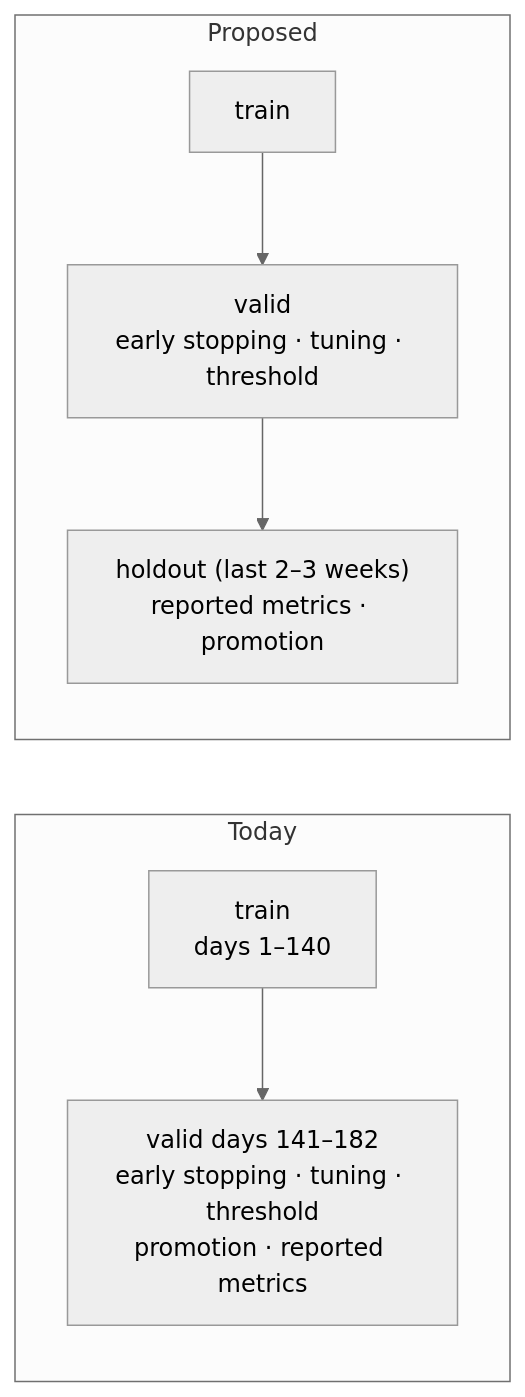
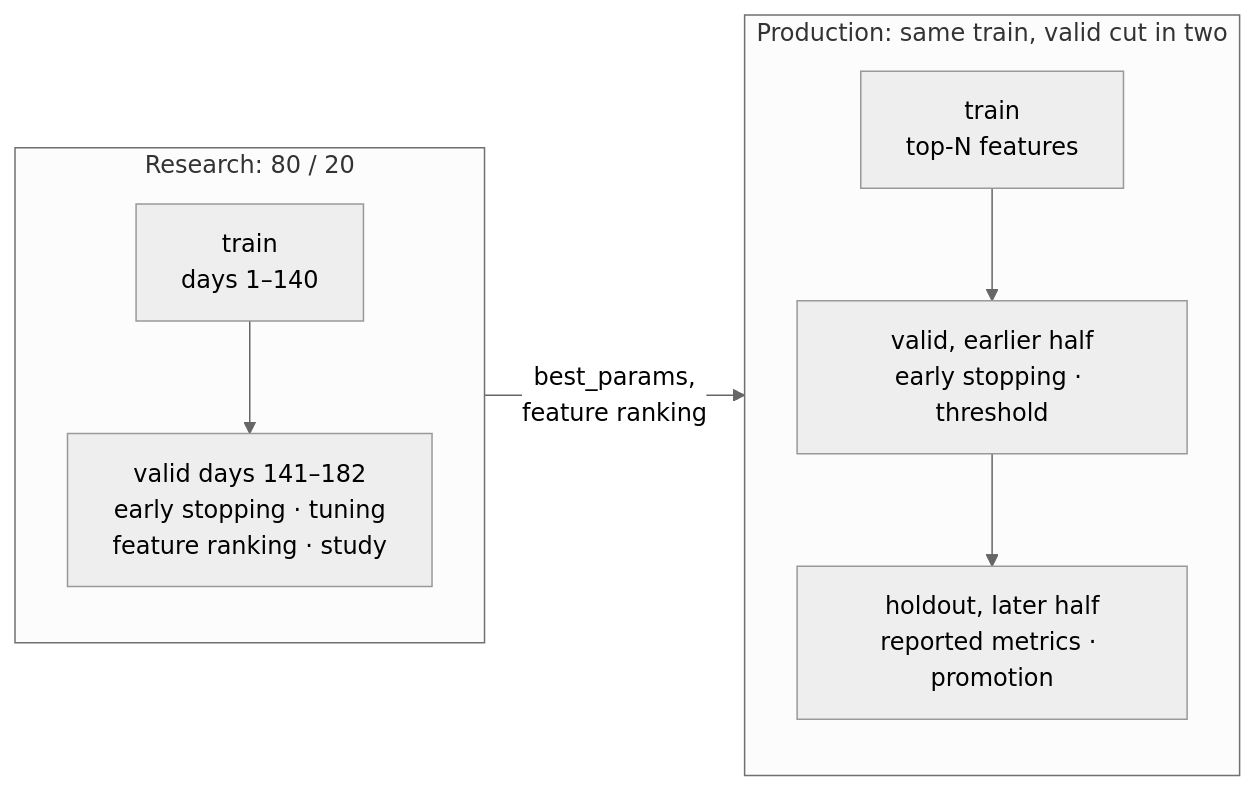
One commit to MikolajKurtyka/fraud-detection-kedro changed the second of 2 diagrams in docs/06_modeling_approach.md. Above: the diagram before and after it, drawn with Mermaid (neutral theme). The commit also changed other lines of this file and 20 other files, not shown here.

````diff
--- a/docs/06_modeling_approach.md
+++ b/docs/06_modeling_approach.md
@@ -342,9 +157,10 @@
-   ```mermaid
-   flowchart LR
-       subgraph now["Today"]
-           A1["train<br/>days 1–140"] --> B1["valid days 141–182<br/>early stopping · tuning · threshold<br/>promotion · reported metrics"]
-       end
-       subgraph better["Proposed"]
-           A2["train"] --> B2["valid<br/>early stopping · tuning · threshold"] --> C2["holdout (last 2–3 weeks)<br/>reported metrics · promotion"]
-       end
-   ```
+```mermaid
+flowchart LR
+    subgraph research["Research: 80 / 20"]
+        A1["train<br/>days 1–140"] --> B1["valid days 141–182<br/>early stopping · tuning<br/>feature ranking · study"]
+    end
+    subgraph production["Production: same train, valid cut in two"]
+        A2["train<br/>top-N features"] --> B2["valid, earlier half<br/>early stopping · threshold"] --> C2["holdout, later half<br/>reported metrics · promotion"]
+    end
+    research -->|"best_params,<br/>feature ranking"| production
+```
````
